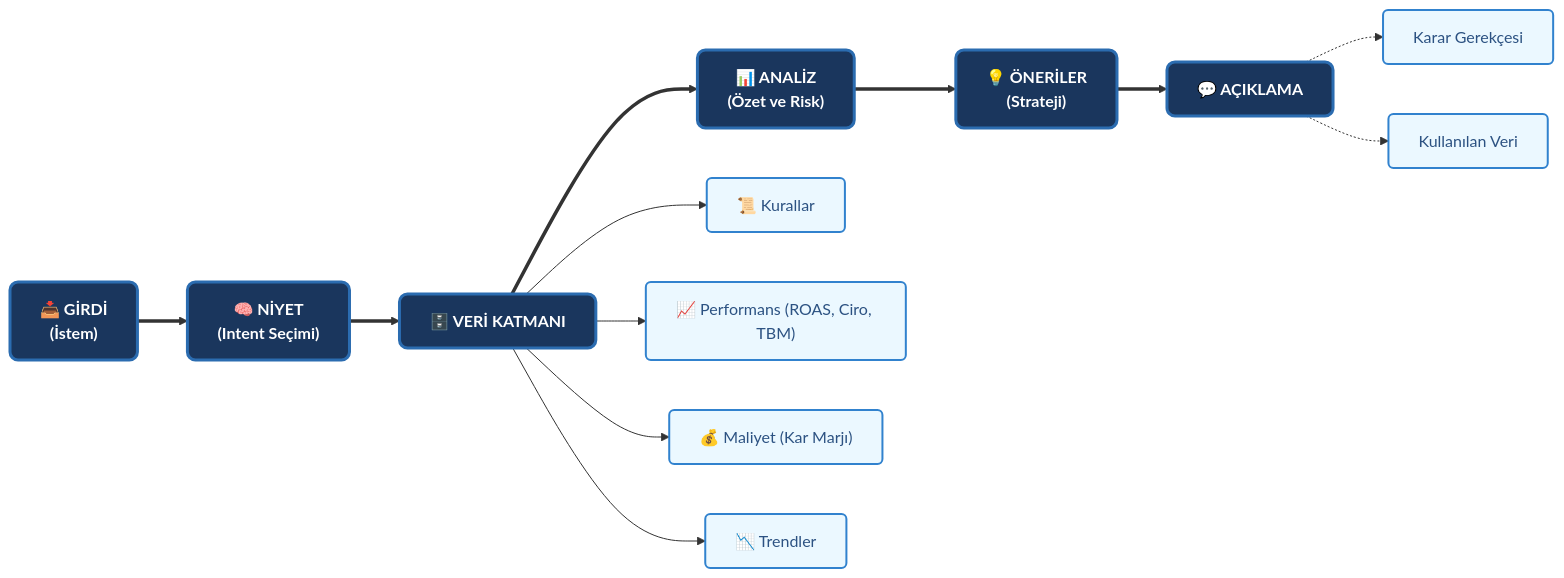
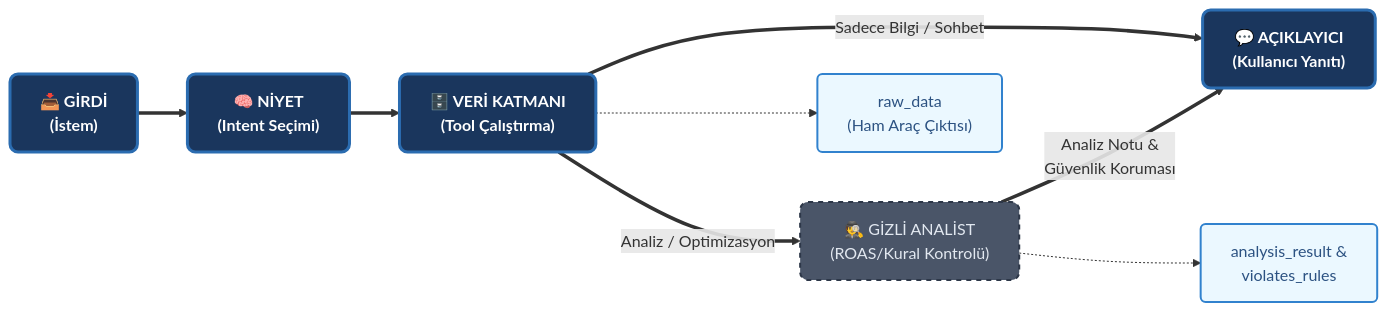
One commit to onuralpArsln/mcpTutorial changed the second of 2 diagrams in ReadMe.md. Above: the diagram before and after it, drawn with Mermaid. The commit also changed 1 other file, not shown here.

Commit message:
state update

````diff
--- a/ReadMe.md
+++ b/ReadMe.md
@@ -144,28 +144,28 @@
 ```mermaid
 flowchart LR
     %% --- Stil ve Tema Tanımlamaları ---
     classDef mainStep fill:#1A365D,stroke:#2B6CB0,stroke-width:3px,color:#FFFFFF,rx:8px,ry:8px,font-weight:bold;
     classDef subCategory fill:#EBF8FF,stroke:#3182CE,stroke-width:2px,color:#2C5282,rx:5px,ry:5px;
-    classDef metricItem fill:#F0FFF4,stroke:#38A169,stroke-width:1px,color:#22543D,rx:20px,ry:20px;
+    classDef secretStep fill:#4A5568,stroke:#2D3748,stroke-width:2px,color:#E2E8F0,rx:8px,ry:8px,stroke-dasharray: 5 5;
 
     %% --- KATMANLAR ---
     A["📥 GİRDİ<br>(İstem)"]:::mainStep
     B["🧠 NİYET<br>(Intent Seçimi)"]:::mainStep
-    C["🗄️ VERİ KATMANI"]:::mainStep
-    D["📊 ANALİZ<br>(Özet ve Risk)"]:::mainStep
-    E["💡 ÖNERİLER<br>(Strateji)"]:::mainStep
-    F["💬 AÇIKLAMA"]:::mainStep
+    C["🗄️ VERİ KATMANI<br>(Tool Çalıştırma)"]:::mainStep
+    
+    %% Dual Track
+    D["🕵️ GİZLİ ANALİST<br>(ROAS/Kural Kontrolü)"]:::secretStep
+    E["💬 AÇIKLAYICI<br>(Kullanıcı Yanıtı)"]:::mainStep
 
-    %% --- GİZLİ BAĞLANTILAR (KUTULARI DÜZENLİ TUTMAK İÇİN) ---
-    A ==> B ==> C ==> D ==> E ==> F
+    %% --- BAĞLANTILAR (AKIŞ) ---
+    A ==> B ==> C
+    
+    C ==>|Analiz / Optimizasyon| D
+    C ==>|Sadece Bilgi / Sohbet| E
+    
+    D ==>|Analiz Notu &\nGüvenlik Koruması| E
 
-    %% --- VERİ KATMANI DETAYLARI (Alt Alta) ---
-    C --> C1["📜 Kurallar"]:::subCategory
-    C --> C2["📈 Performans (ROAS, Ciro, TBM)"]:::subCategory
-    C --> C3["💰 Maliyet (Kar Marjı)"]:::subCategory
-    C --> C4["📉 Trendler"]:::subCategory
-
-    %% --- AÇIKLAMA DETAYLARI ---
-    F -.-> F1["Karar Gerekçesi"]:::subCategory
-    F -.-> F2["Kullanılan Veri"]:::subCategory
+    %% --- DETAYLAR ---
+    C -.-> C1["raw_data\n(Ham Araç Çıktısı)"]:::subCategory
+    D -.-> D1["analysis_result &\nviolates_rules"]:::subCategory
 ```
````
